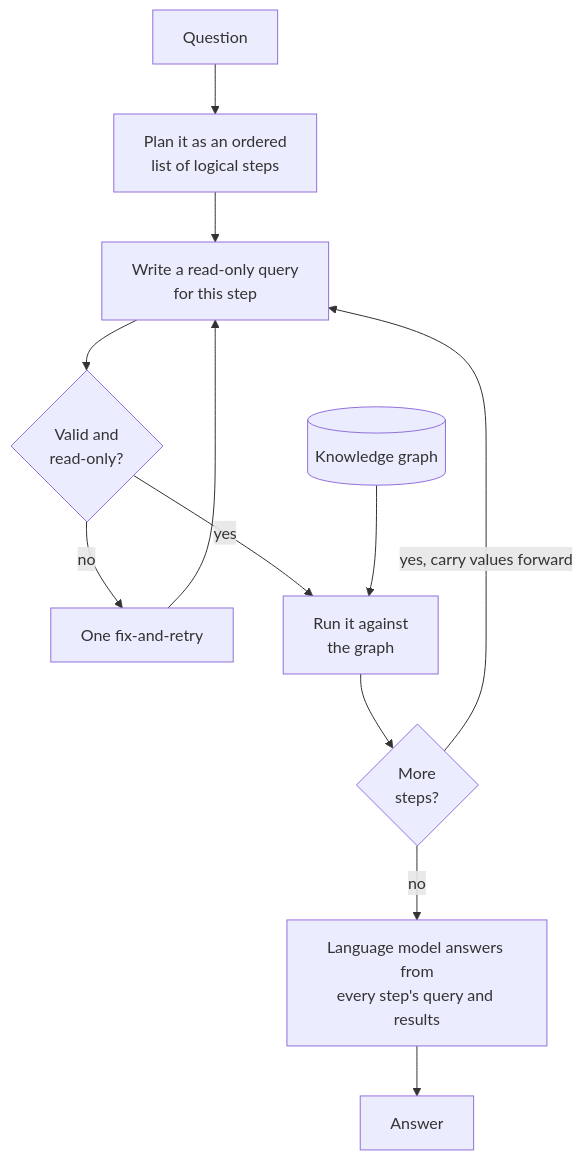
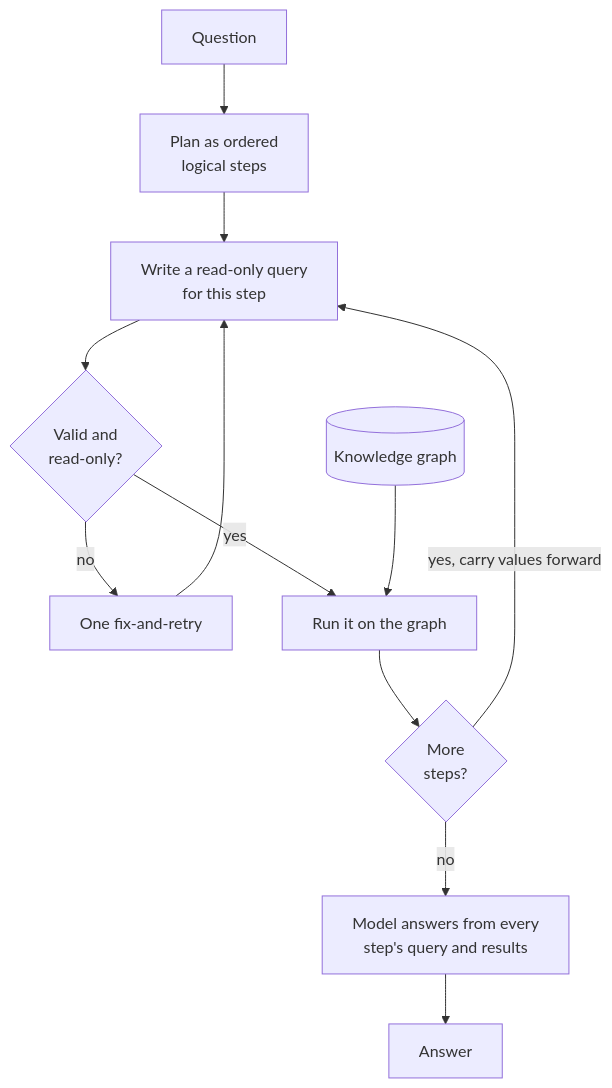
The second of 2 diagrams in app/demos/rag/kag/README.md (jjaaxx44/genai-personal-lab-rag), drawn with Mermaid before and after one commit. The commit also changed other lines of this file and 32 other files, not shown here.

````diff
--- a/app/demos/rag/kag/README.md
+++ b/app/demos/rag/kag/README.md
@@ -29,14 +21,14 @@
 ```mermaid
 flowchart TD
-  Q["Question"] --> P["Plan it as an ordered<br/>list of logical steps"]
+  Q["Question"] --> P["Plan as ordered<br/>logical steps"]
   P --> W["Write a read-only query<br/>for this step"]
   W --> V{"Valid and<br/>read-only?"}
   V -->|"no"| FIX["One fix-and-retry"]
   FIX --> W
-  V -->|"yes"| R["Run it against<br/>the graph"]
+  V -->|"yes"| R["Run it on the graph"]
   G[("Knowledge graph")] --> R
   R --> M{"More<br/>steps?"}
   M -->|"yes, carry values forward"| W
-  M -->|"no"| L["Language model answers from<br/>every step's query and results"]
+  M -->|"no"| L["Model answers from every<br/>step's query and results"]
   L --> A["Answer"]
 ```
````
